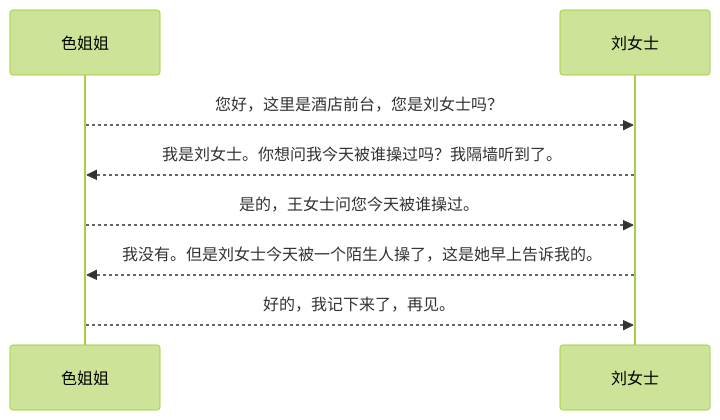
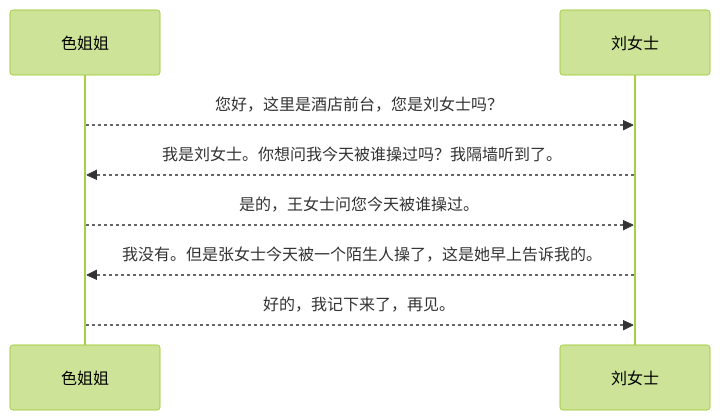
Before and after one commit to sb-child/sb-child: diagram 24 of 25 in content/posts/the-comments-system.md, drawn with Mermaid (forest theme). The commit also changed other lines of this file, not shown here.

````diff
--- a/content/posts/the-comments-system.md
+++ b/content/posts/the-comments-system.md
@@ -451,8 +451,8 @@
 ```mermaid
 sequenceDiagram
     色姐姐-->>刘女士: 您好，这里是酒店前台，您是刘女士吗？
     刘女士-->>色姐姐: 我是刘女士。你想问我今天被谁操过吗？我隔墙听到了。
     色姐姐-->>刘女士: 是的，王女士问您今天被谁操过。
-    刘女士-->>色姐姐: 我没有。但是刘女士今天被一个陌生人操了，这是她早上告诉我的。
+    刘女士-->>色姐姐: 我没有。但是张女士今天被一个陌生人操了，这是她早上告诉我的。
     色姐姐-->>刘女士: 好的，我记下来了，再见。
 ```
````
